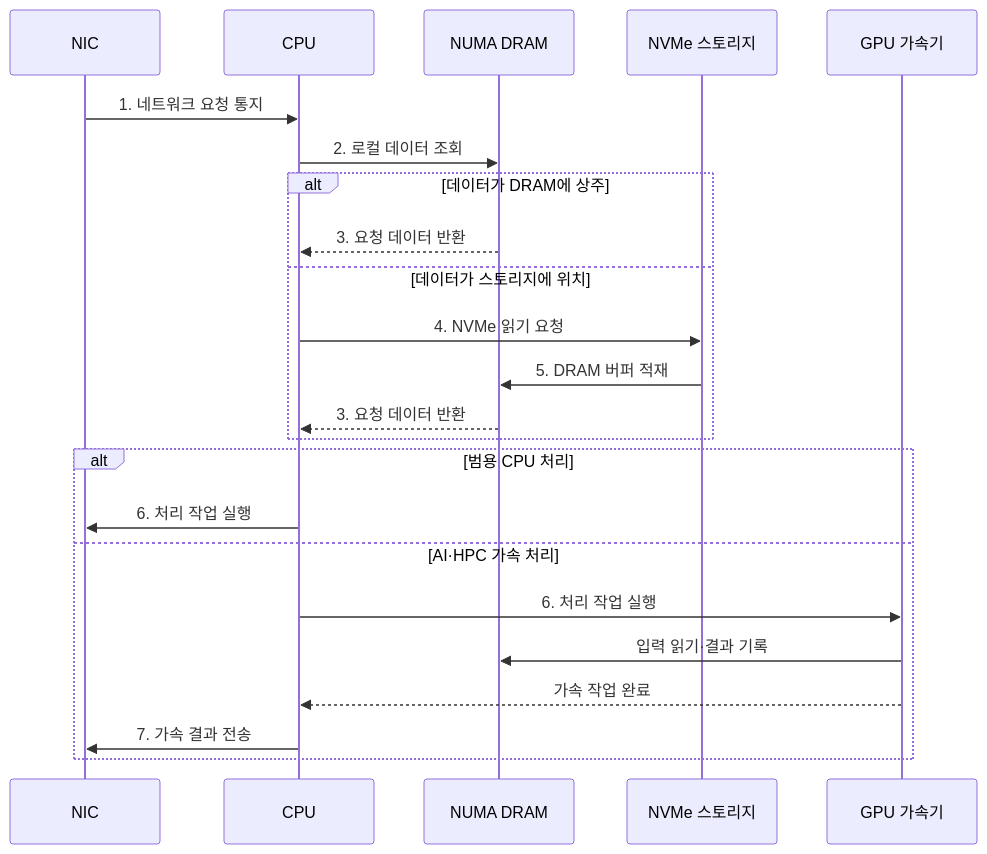
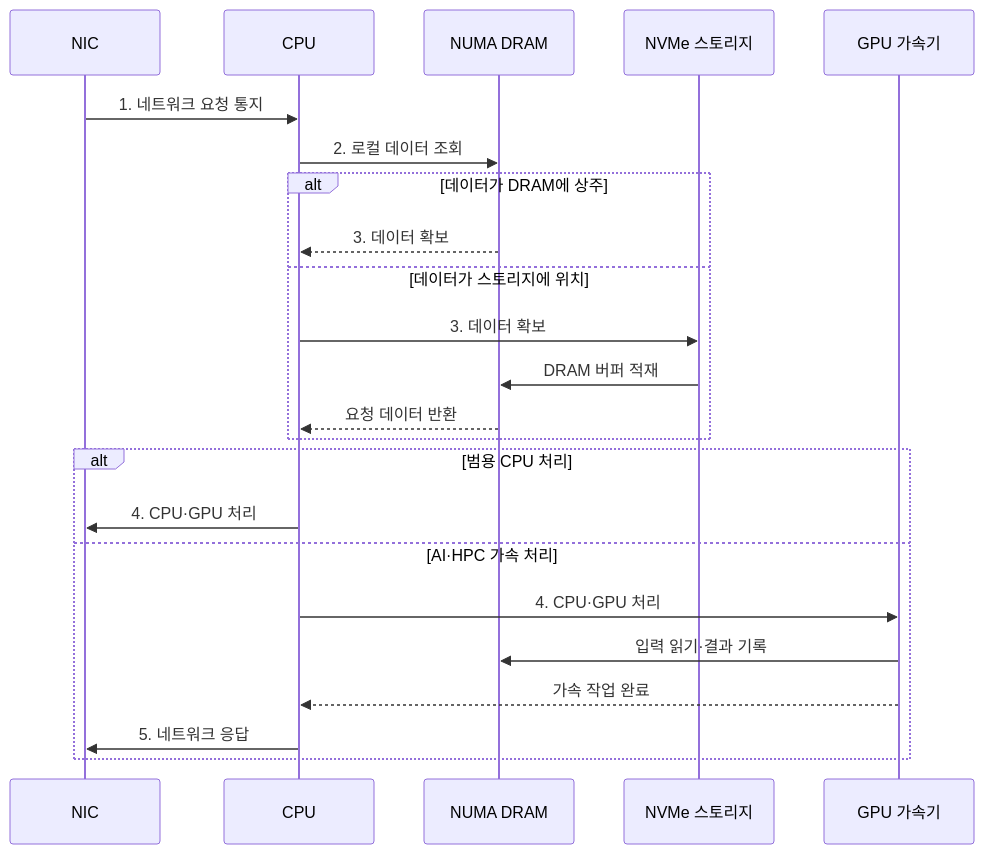
One commit to agnusdei1207/knowledge-base changed the second of 2 diagrams in src/content/docs/notes/02-hardware/054_data_center_server_architecture.md. Above: the diagram before and after it, drawn with Mermaid. The commit also changed other lines of this file and 86 other files, not shown here.

````diff
--- a/src/content/docs/notes/02-hardware/054_data_center_server_architecture.md
+++ b/src/content/docs/notes/02-hardware/054_data_center_server_architecture.md
@@ -91,26 +91,26 @@
 ```mermaid
 sequenceDiagram
     participant N as NIC
     participant C as CPU
     participant M as NUMA DRAM
     participant S as NVMe 스토리지
     participant G as GPU 가속기
 
     N->>C: 1. 네트워크 요청 통지
     C->>M: 2. 로컬 데이터 조회
     alt 데이터가 DRAM에 상주
-        M-->>C: 3. 요청 데이터 반환
+        M-->>C: 3. 데이터 확보
     else 데이터가 스토리지에 위치
-        C->>S: 4. NVMe 읽기 요청
-        S->>M: 5. DRAM 버퍼 적재
-        M-->>C: 3. 요청 데이터 반환
+        C->>S: 3. 데이터 확보
+        S->>M: DRAM 버퍼 적재
+        M-->>C: 요청 데이터 반환
     end
     alt 범용 CPU 처리
-        C->>N: 6. 처리 작업 실행
+        C->>N: 4. CPU·GPU 처리
     else AI·HPC 가속 처리
-        C->>G: 6. 처리 작업 실행
+        C->>G: 4. CPU·GPU 처리
         G->>M: 입력 읽기·결과 기록
         G-->>C: 가속 작업 완료
-        C->>N: 7. 가속 결과 전송
+        C->>N: 5. 네트워크 응답
     end
 ```
````
